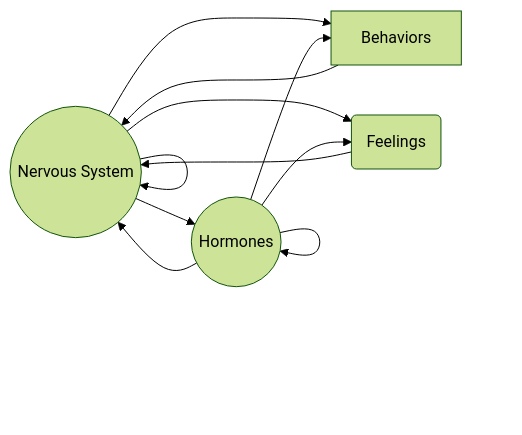
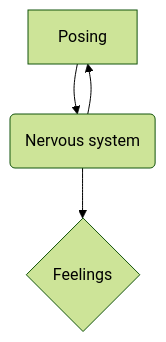
Before and after one commit to psu-psychology/psych-490-reproducibility-2023-fall: the eighth of 8 diagrams in src/notes/wk09-2023-10-18.qmd, drawn with Mermaid (forest theme). The commit also changed other lines of this file and 29 other files, not shown here.

````diff
--- a/src/notes/wk09-2023-10-18.qmd
+++ b/src/notes/wk09-2023-10-18.qmd
@@ -351,13 +368,5 @@
 ```{mermaid}
-flowchart LR
-  C((Nervous System)) -->A[Behaviors]
-  A -->C
-  C -->C
-  C -->D
-  D((Hormones)) -->A
-  D -->C
-  D -->D
-  C -->B(Feelings)
-  B -->C
-  D -->B
+flowchart TD
+  A[Posing] --> B(Nervous system) --> D{Feelings}
+  B --> A
 ```
````
